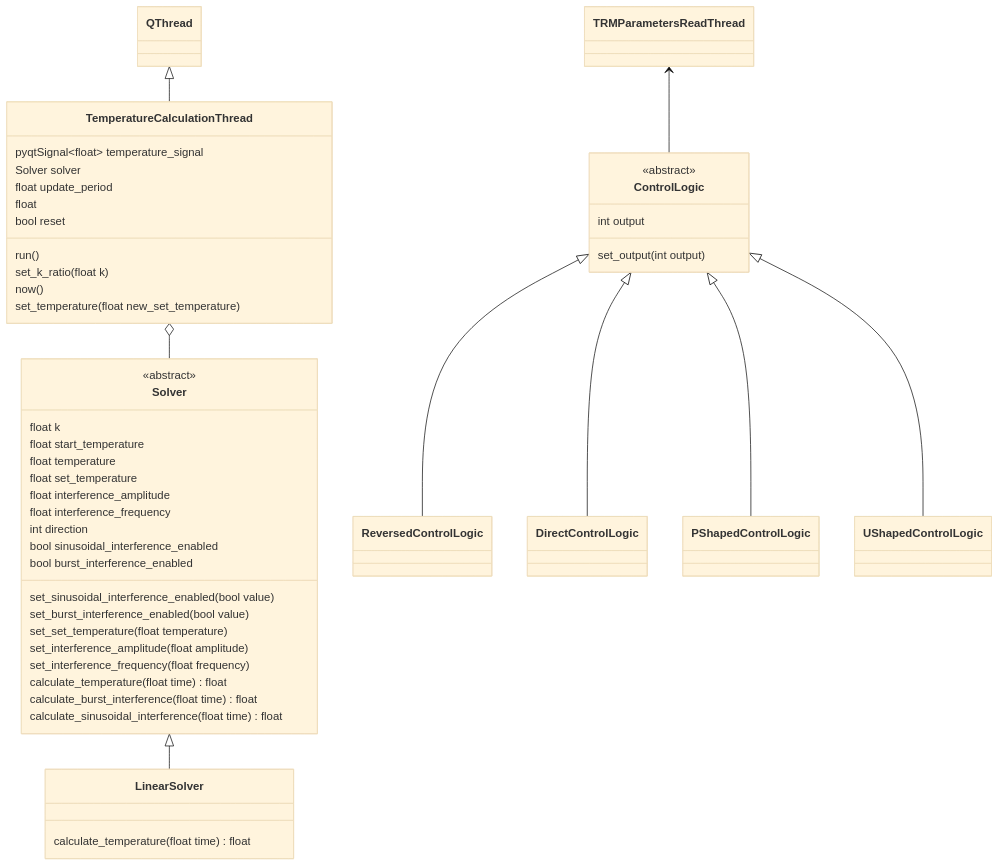
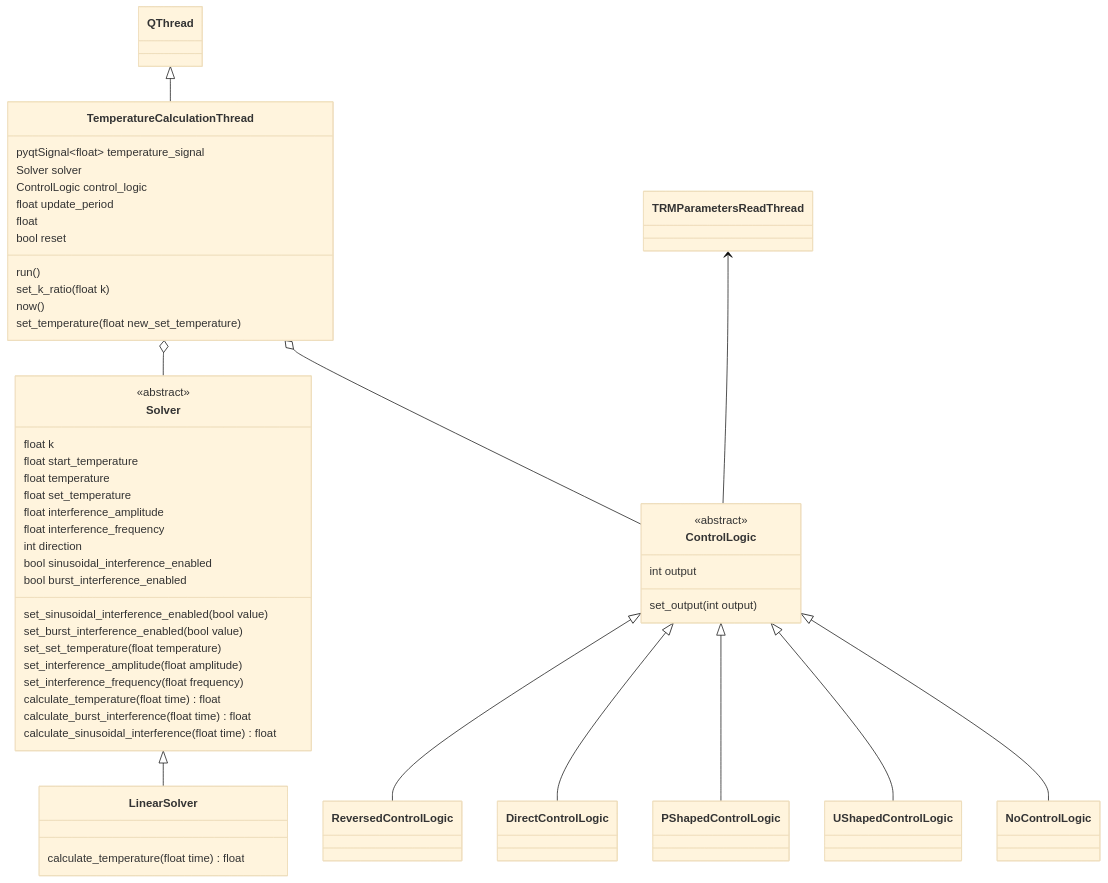
The fourth of 7 diagrams in data/diagrams/диаграмма классов.md (Marik28/dissertation), drawn with Mermaid (base theme) before and after one commit.

Commit message:
change diagram

````diff
--- a/data/diagrams/диаграмма классов.md
+++ b/data/diagrams/диаграмма классов.md
@@ -282,54 +282,57 @@
 ```mermaid
 classDiagram
     
     class Solver {
         <<abstract>>
         float k
         float start_temperature
         float temperature
         float set_temperature
         float interference_amplitude
         float interference_frequency
         int direction
         bool sinusoidal_interference_enabled
         bool burst_interference_enabled
         set_sinusoidal_interference_enabled(bool value)
         set_burst_interference_enabled(bool value)
         set_set_temperature(float temperature)
         set_interference_amplitude(float amplitude)
         set_interference_frequency(float frequency)
         calculate_temperature(float time) float
         calculate_burst_interference(float time) float
         calculate_sinusoidal_interference(float time) float
     }
     
     class LinearSolver {
         calculate_temperature(float time) float
     }
     class ControlLogic {
         <<abstract>>
         int output
         set_output(int output)
     }
     class TemperatureCalculationThread {
         pyqtSignal~float~ temperature_signal
         Solver solver
+        ControlLogic control_logic
         float update_period
         float
         bool reset
         run()
         set_k_ratio(float k)
         now()
         set_temperature(float new_set_temperature)
     }
     
     
     QThread <|-- TemperatureCalculationThread
     TemperatureCalculationThread o-- Solver
+    TemperatureCalculationThread o-- ControlLogic
     Solver <|-- LinearSolver
     ControlLogic <|-- ReversedControlLogic
     ControlLogic <|-- DirectControlLogic
     ControlLogic <|-- PShapedControlLogic
     ControlLogic <|-- UShapedControlLogic
+    ControlLogic <|-- NoControlLogic
     TRMParametersReadThread <-- ControlLogic
 ```
````
